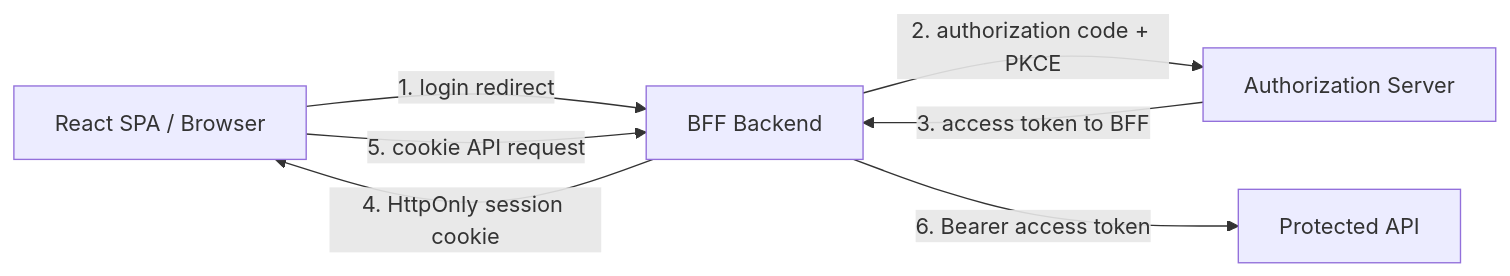
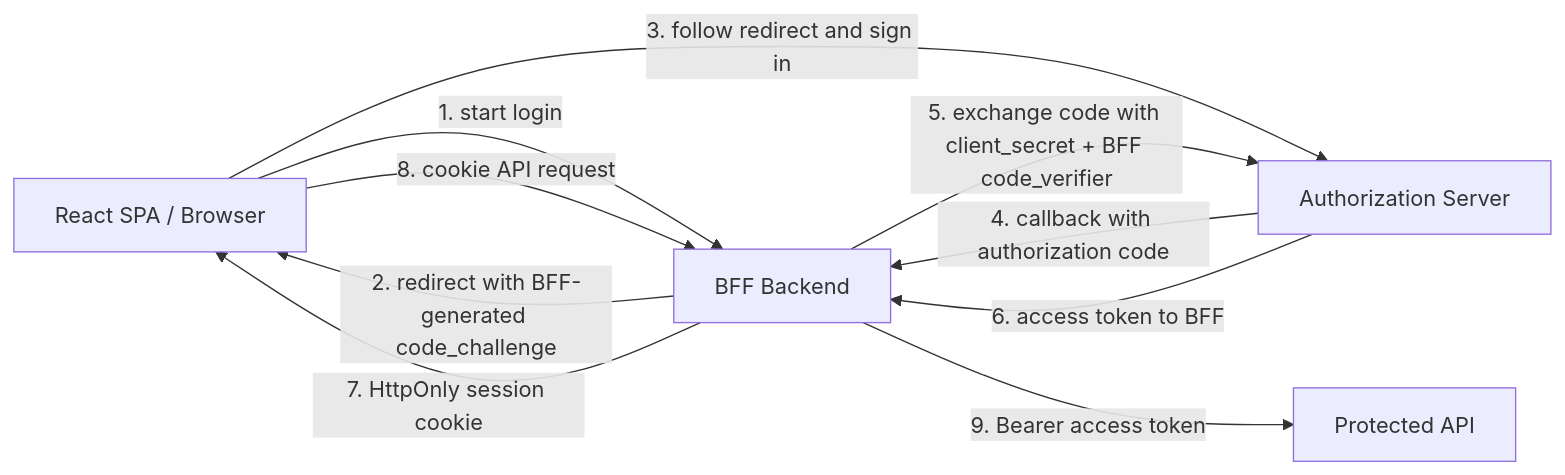
The fourth of 5 diagrams in README.md (haoyucheng369-gif/identity-platform), drawn with Mermaid before and after one commit.

Commit message:
Clarify BFF-owned PKCE flow

````diff
--- a/README.md
+++ b/README.md
@@ -72,14 +72,17 @@
 ```mermaid
 flowchart LR
     Browser[React SPA / Browser]
     BFF[BFF Backend]
     Auth[Authorization Server]
     API[Protected API]
 
-    Browser -->|1. login redirect| BFF
-    BFF -->|2. authorization code + PKCE| Auth
-    Auth -->|3. access token to BFF| BFF
-    BFF -->|4. HttpOnly session cookie| Browser
-    Browser -->|5. cookie API request| BFF
-    BFF -->|6. Bearer access token| API
+    Browser -->|1. start login| BFF
+    BFF -->|2. redirect with BFF-generated code_challenge| Browser
+    Browser -->|3. follow redirect and sign in| Auth
+    Auth -->|4. callback with authorization code| BFF
+    BFF -->|5. exchange code with client_secret + BFF code_verifier| Auth
+    Auth -->|6. access token to BFF| BFF
+    BFF -->|7. HttpOnly session cookie| Browser
+    Browser -->|8. cookie API request| BFF
+    BFF -->|9. Bearer access token| API
 ```
````
